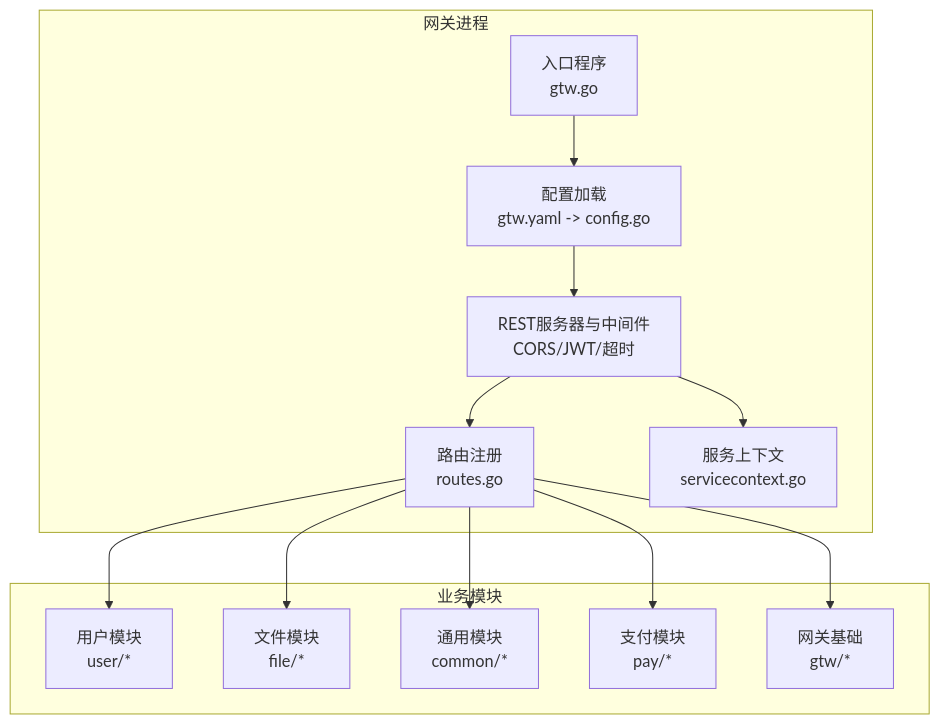
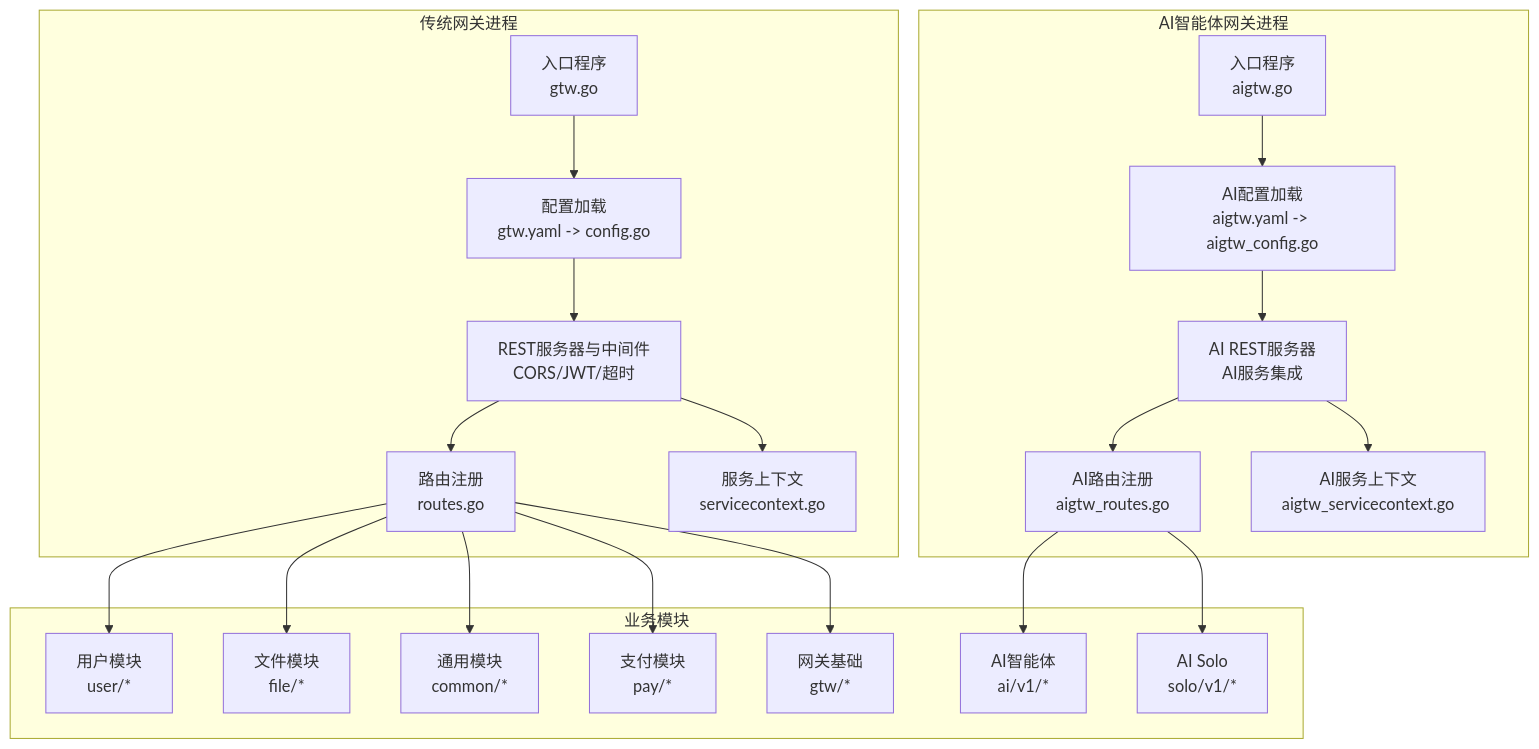
Before and after one commit to maomao94/zero-service: the first of 8 diagrams in .qoder/repowiki/zh/content/网关与接口/BFF网关/BFF网关.md, drawn with Mermaid. The commit also changed other lines of this file and 58 other files, not shown here.

````diff
--- a/.qoder/repowiki/zh/content/网关与接口/BFF网关/BFF网关.md
+++ b/.qoder/repowiki/zh/content/网关与接口/BFF网关/BFF网关.md
@@ -53,24 +82,37 @@
 ```mermaid
 graph TB
-subgraph "网关进程"
+subgraph "传统网关进程"
 A["入口程序<br/>gtw.go"]
 B["配置加载<br/>gtw.yaml -> config.go"]
 C["REST服务器与中间件<br/>CORS/JWT/超时"]
 D["路由注册<br/>routes.go"]
 E["服务上下文<br/>servicecontext.go"]
 end
+subgraph "AI智能体网关进程"
+F["入口程序<br/>aigtw.go"]
+G["AI配置加载<br/>aigtw.yaml -> aigtw_config.go"]
+H["AI REST服务器<br/>AI服务集成"]
+I["AI路由注册<br/>aigtw_routes.go"]
+J["AI服务上下文<br/>aigtw_servicecontext.go"]
+end
 subgraph "业务模块"
 U["用户模块<br/>user/*"]
-F["文件模块<br/>file/*"]
-G["通用模块<br/>common/*"]
+F1["文件模块<br/>file/*"]
+G1["通用模块<br/>common/*"]
 P["支付模块<br/>pay/*"]
 GTW["网关基础<br/>gtw/*"]
+AI["AI智能体<br/>ai/v1/*"]
+SOL["AI Solo<br/>solo/v1/*"]
 end
 A --> B --> C --> D
+F --> G --> H --> I
 D --> U
-D --> F
-D --> G
+D --> F1
+D --> G1
 D --> P
 D --> GTW
+I --> AI
+I --> SOL
 C --> E
+H --> J
 ```
````
